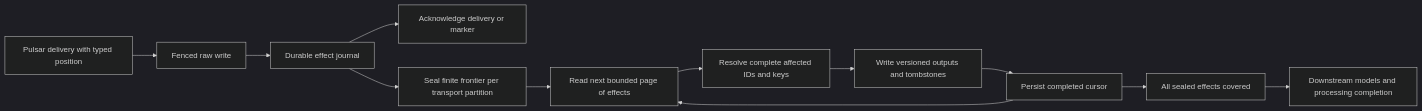
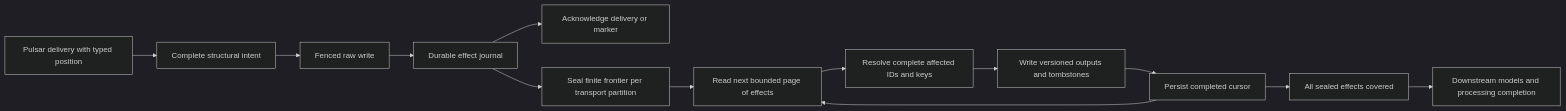
The diagram in docs/superpowers/specs/2026-11-03-bounded-analytics-design.md (Asherlc/dofek), drawn with Mermaid (dark theme) before and after one commit. The commit also changed other lines of this file and 1 other file, not shown here.

````diff
--- a/docs/superpowers/specs/2026-11-03-bounded-analytics-design.md
+++ b/docs/superpowers/specs/2026-11-03-bounded-analytics-design.md
@@ -44,14 +44,15 @@
 ```mermaid
 flowchart LR
-    B[Pulsar delivery with typed position] --> W[Fenced raw write]
+    B[Pulsar delivery with typed position] --> I[Complete structural intent]
+    I --> W[Fenced raw write]
     W --> J[Durable effect journal]
     J --> A[Acknowledge delivery or marker]
     J --> S[Seal finite frontier per transport partition]
     S --> P[Read next bounded page of effects]
     P --> K[Resolve complete affected IDs and keys]
     K --> O[Write versioned outputs and tombstones]
     O --> C[Persist completed cursor]
     C --> P
     C --> G[All sealed effects covered]
     G --> D[Downstream models and processing completion]
 ```
````
